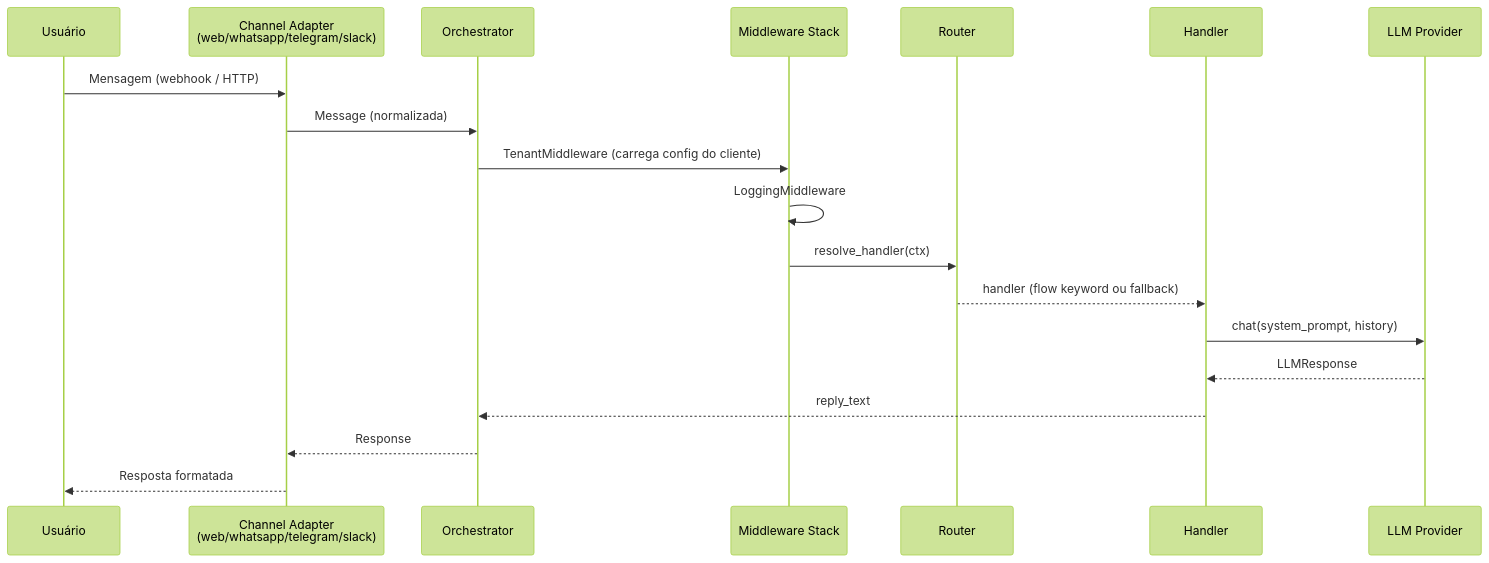
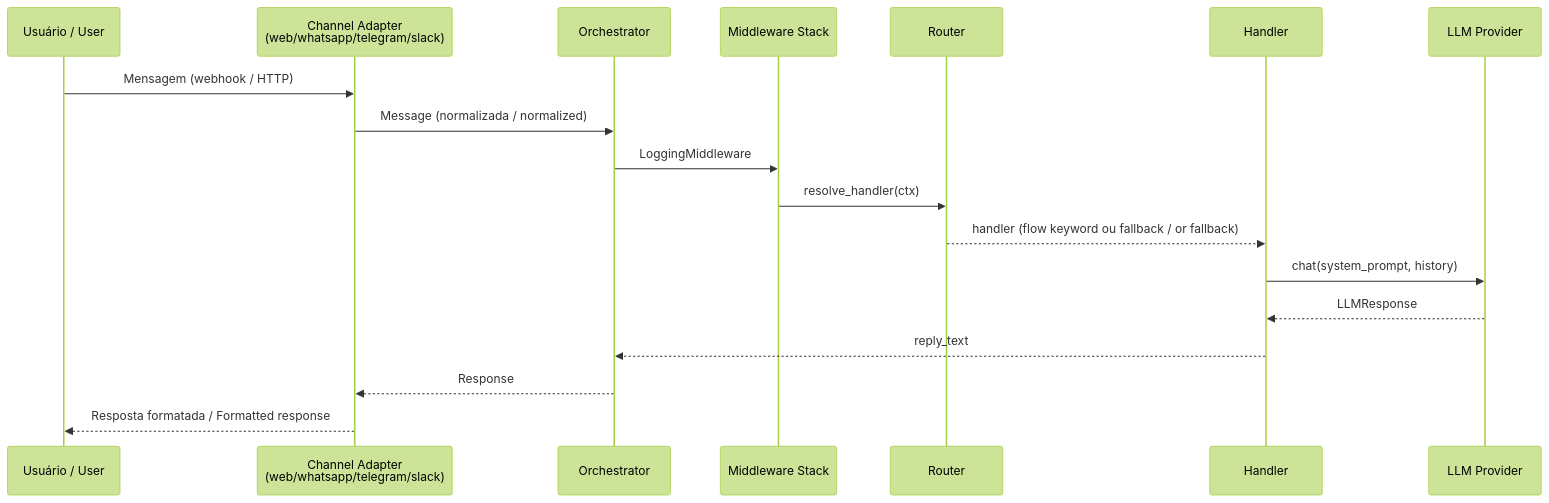
One commit to mpraes/multi_tenant_app changed the first of 2 diagrams in README.md. Above: the diagram before and after it, drawn with Mermaid (forest theme). The commit also changed other lines of this file and 51 other files, not shown here.

````diff
--- a/README.md
+++ b/README.md
@@ -9,22 +10,21 @@
 ```mermaid
 sequenceDiagram
-    participant U as Usuário
+    participant U as Usuário / User
     participant C as Channel Adapter<br/>(web/whatsapp/telegram/slack)
     participant O as Orchestrator
     participant MW as Middleware Stack
     participant R as Router
     participant H as Handler
     participant L as LLM Provider
 
     U->>C: Mensagem (webhook / HTTP)
-    C->>O: Message (normalizada)
-    O->>MW: TenantMiddleware (carrega config do cliente)
-    MW->>MW: LoggingMiddleware
+    C->>O: Message (normalizada / normalized)
+    O->>MW: LoggingMiddleware
     MW->>R: resolve_handler(ctx)
-    R-->>H: handler (flow keyword ou fallback)
+    R-->>H: handler (flow keyword ou fallback / or fallback)
     H->>L: chat(system_prompt, history)
     L-->>H: LLMResponse
     H-->>O: reply_text
     O-->>C: Response
-    C-->>U: Resposta formatada
+    C-->>U: Resposta formatada / Formatted response
 ```
````
